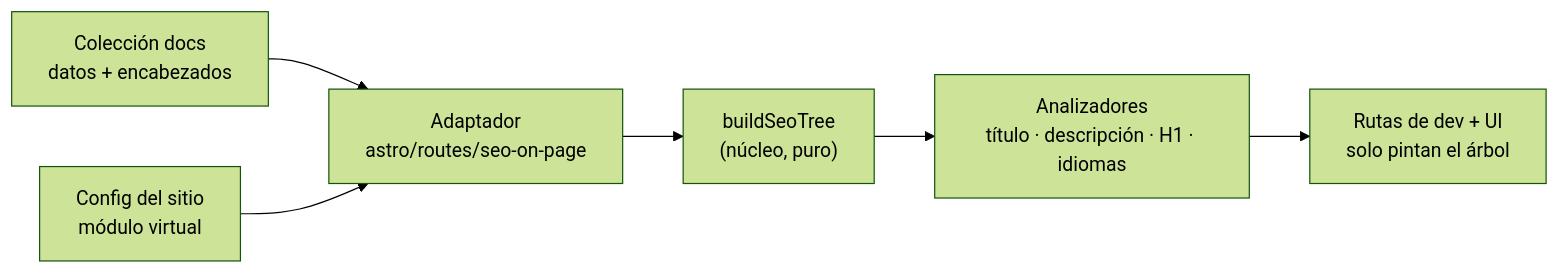
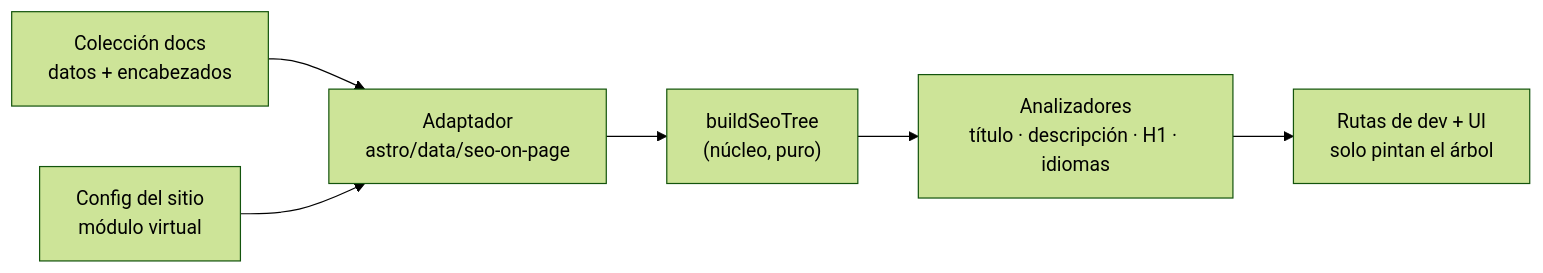
Before and after one commit to velezanthony/design: the diagram in docs/src/content/docs/integracion/seo-on-page.md, drawn with Mermaid (forest theme). The commit also changed other lines of this file and 8 other files, not shown here.

First line of the commit message:
docs(architecture): describe the pages, views and data folders of src/astro

````diff
--- a/docs/src/content/docs/integracion/seo-on-page.md
+++ b/docs/src/content/docs/integracion/seo-on-page.md
@@ -43,8 +43,8 @@
 ```mermaid
 flowchart LR
-  col["Colección docs<br/>datos + encabezados"] --> ad["Adaptador<br/>astro/routes/seo-on-page"]
+  col["Colección docs<br/>datos + encabezados"] --> ad["Adaptador<br/>astro/data/seo-on-page"]
   cfg["Config del sitio<br/>módulo virtual"] --> ad
   ad --> tree["buildSeoTree<br/>(núcleo, puro)"]
   tree --> an["Analizadores<br/>título · descripción · H1 · idiomas"]
   an --> ui["Rutas de dev + UI<br/>solo pintan el árbol"]
 ```
````
